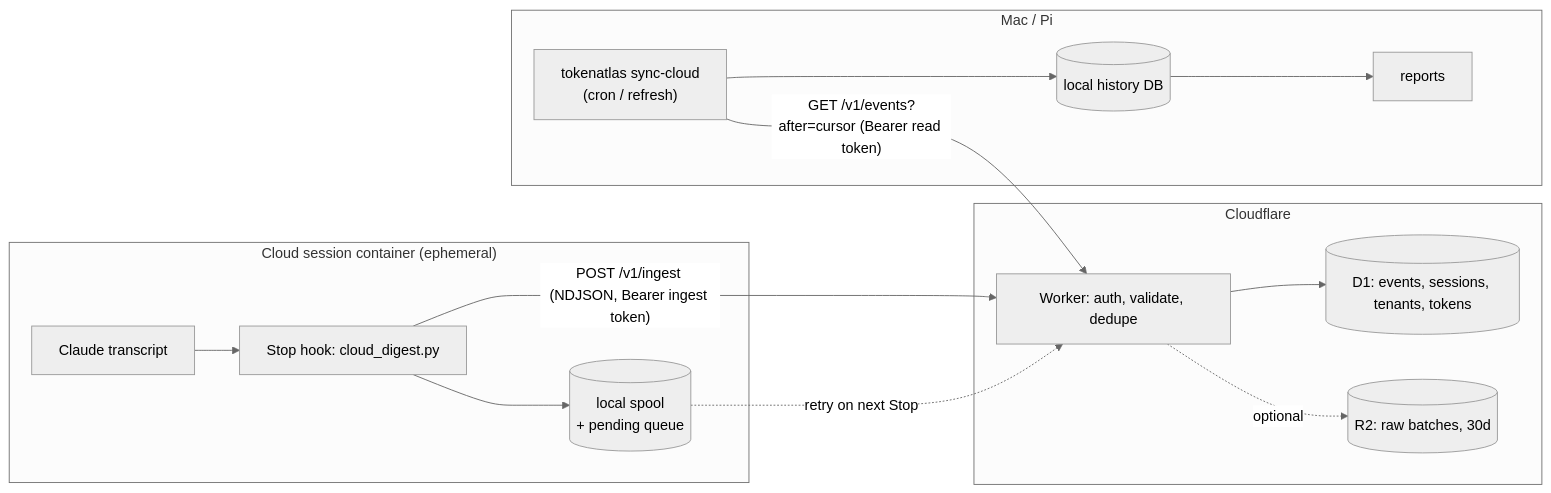
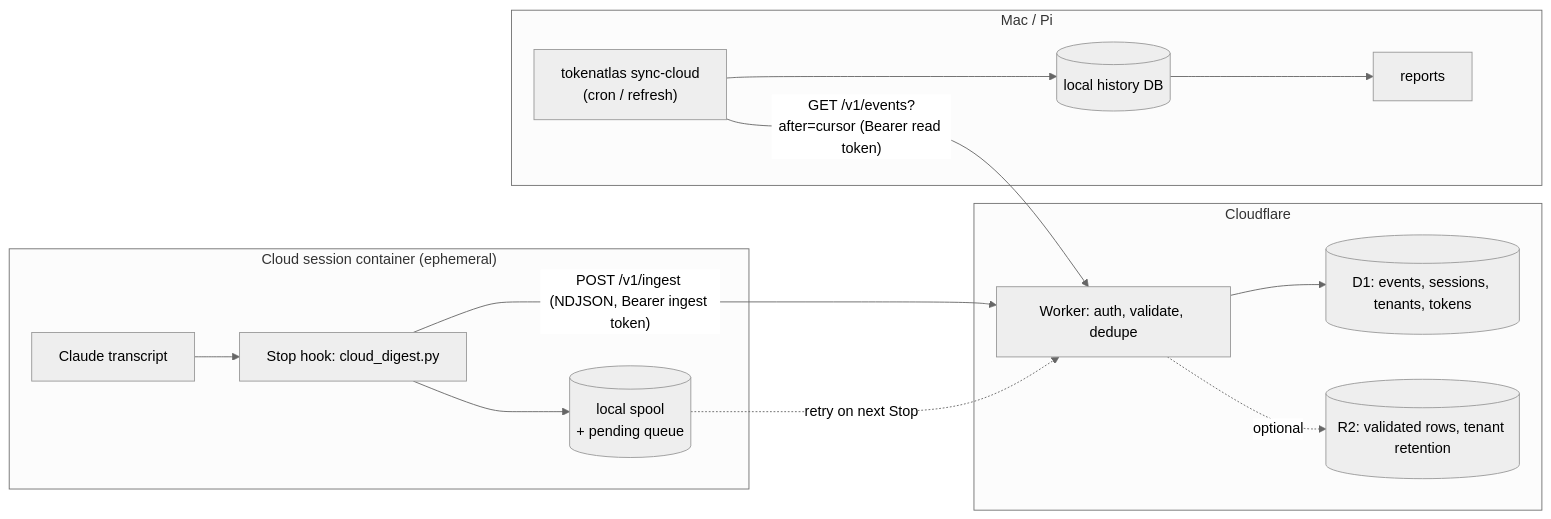
One commit to Magnus-Gille/tokenatlas changed the diagram in docs/architecture/cloud-ingest.md. Above: the diagram before and after it, drawn with Mermaid (neutral theme). The commit also changed other lines of this file, not shown here.

````diff
--- a/docs/architecture/cloud-ingest.md
+++ b/docs/architecture/cloud-ingest.md
@@ -23,17 +23,17 @@
 ```mermaid
 flowchart LR
   subgraph Cloud["Cloud session container (ephemeral)"]
     T[Claude transcript] --> H[Stop hook: cloud_digest.py]
     H --> SP[(local spool<br/>+ pending queue)]
   end
   H -- "POST /v1/ingest (NDJSON, Bearer ingest token)" --> W
   SP -. "retry on next Stop" .-> W
   subgraph CF["Cloudflare"]
     W[Worker: auth, validate, dedupe] --> D1[(D1: events, sessions, tenants, tokens)]
-    W -. optional .-> R2[(R2: raw batches, 30d)]
+    W -. optional .-> R2[(R2: validated rows, tenant retention)]
   end
   subgraph Local["Mac / Pi"]
     C["tokenatlas sync-cloud<br/>(cron / refresh)"] -- "GET /v1/events?after=cursor (Bearer read token)" --> W
     C --> DB[(local history DB)] --> R[reports]
   end
 ```
````
